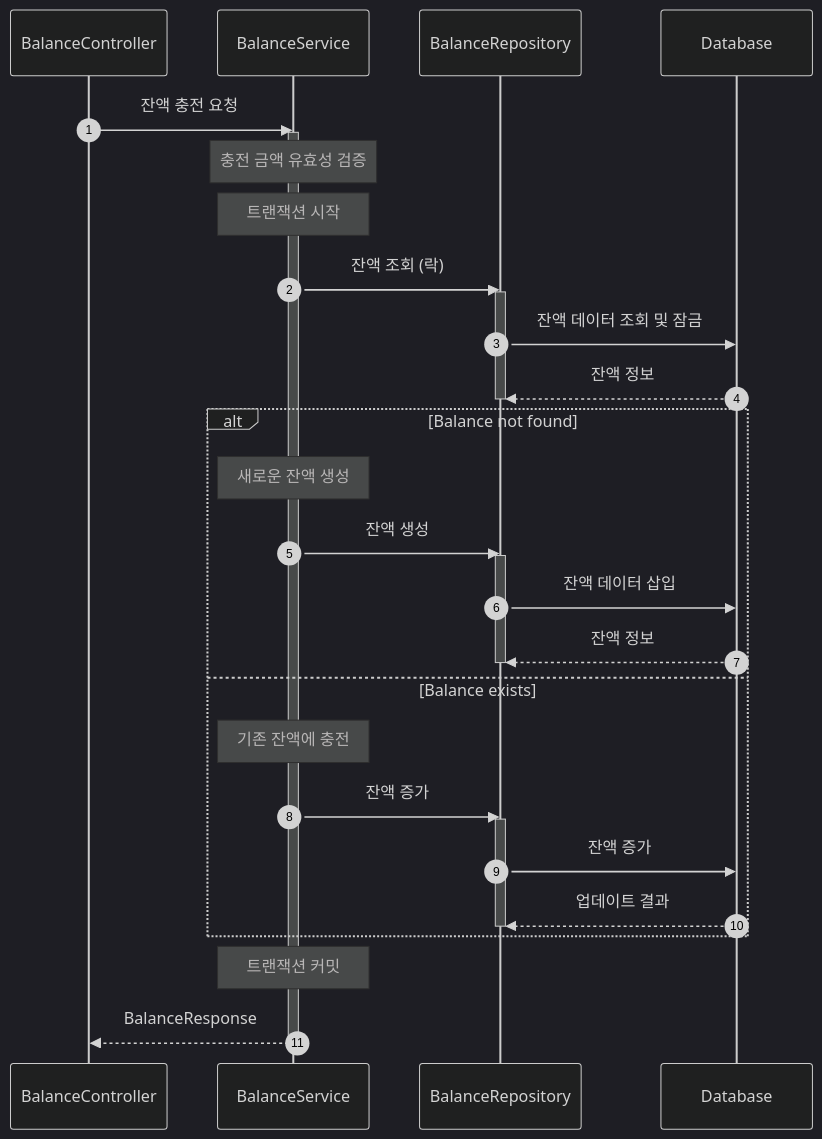
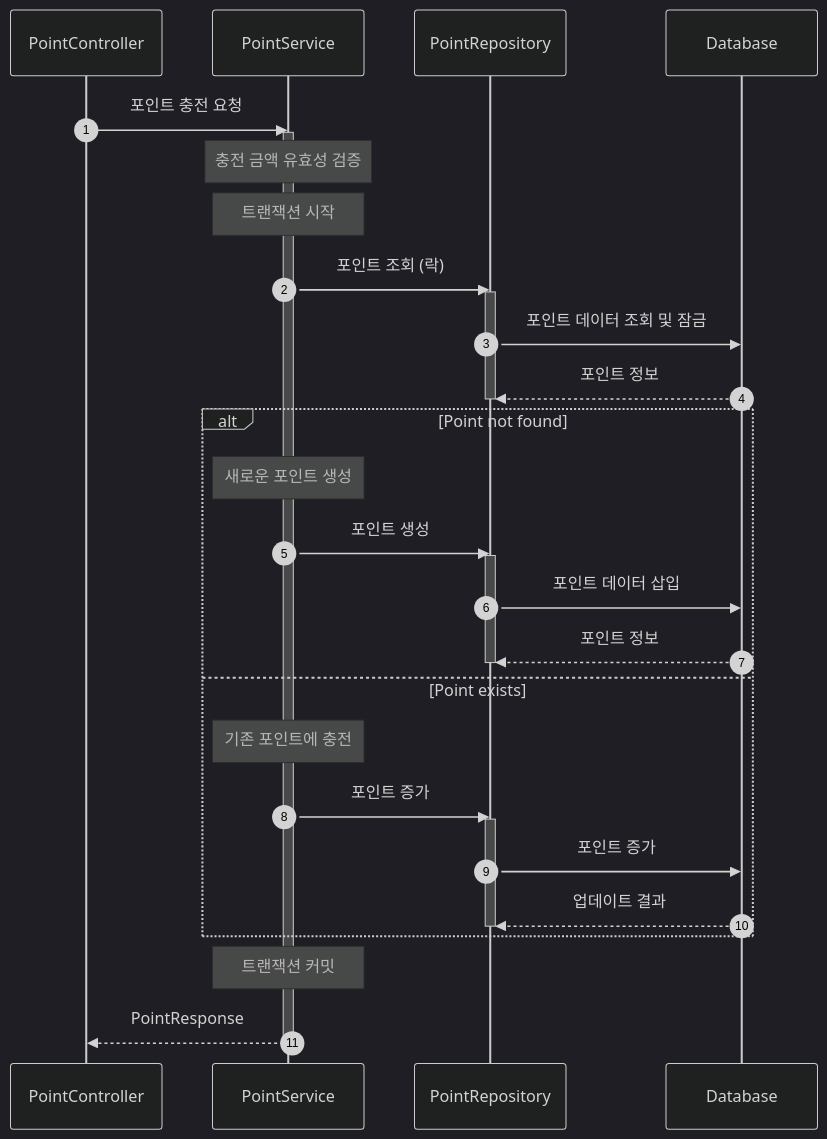
Before and after one commit to hye-ung97/hh-e-commerce: diagram 16 of 16 in docs/api/api-specification.md, drawn with Mermaid (dark theme). The commit also changed other lines of this file and 11 other files, not shown here.

Commit message:
refactor: balance -> point 이름 변경

````diff
--- a/docs/api/api-specification.md
+++ b/docs/api/api-specification.md
@@ -830,42 +830,42 @@
 ```mermaid
 sequenceDiagram
     autonumber
-    participant C as BalanceController
-    participant S as BalanceService
-    participant BR as BalanceRepository
+    participant C as PointController
+    participant S as PointService
+    participant PR as PointRepository
     participant DB as Database
 
-    C->>S: 잔액 충전 요청
+    C->>S: 포인트 충전 요청
     activate S
 
     Note over S: 충전 금액 유효성 검증
 
     Note over S: 트랜잭션 시작
 
-    S->>BR: 잔액 조회 (락)
-    activate BR
-    BR->>DB: 잔액 데이터 조회 및 잠금
-    DB-->>BR: 잔액 정보
-    deactivate BR
+    S->>PR: 포인트 조회 (락)
+    activate PR
+    PR->>DB: 포인트 데이터 조회 및 잠금
+    DB-->>PR: 포인트 정보
+    deactivate PR
 
-    alt Balance not found
-        Note over S: 새로운 잔액 생성
-        S->>BR: 잔액 생성
-        activate BR
-        BR->>DB: 잔액 데이터 삽입
-        DB-->>BR: 잔액 정보
-        deactivate BR
-    else Balance exists
-        Note over S: 기존 잔액에 충전
-        S->>BR: 잔액 증가
-        activate BR
-        BR->>DB: 잔액 증가
-        DB-->>BR: 업데이트 결과
-        deactivate BR
+    alt Point not found
+        Note over S: 새로운 포인트 생성
+        S->>PR: 포인트 생성
+        activate PR
+        PR->>DB: 포인트 데이터 삽입
+        DB-->>PR: 포인트 정보
+        deactivate PR
+    else Point exists
+        Note over S: 기존 포인트에 충전
+        S->>PR: 포인트 증가
+        activate PR
+        PR->>DB: 포인트 증가
+        DB-->>PR: 업데이트 결과
+        deactivate PR
     end
 
     Note over S: 트랜잭션 커밋
 
-    S-->>C: BalanceResponse
+    S-->>C: PointResponse
     deactivate S
 ```
````
